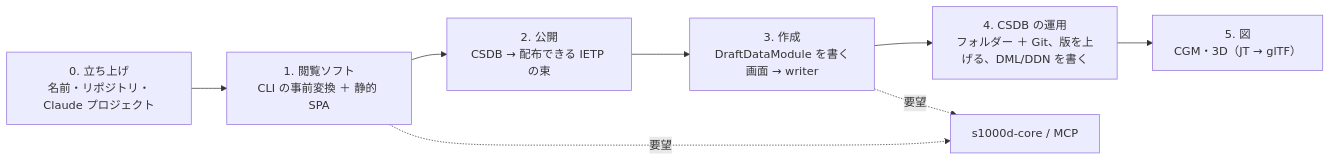
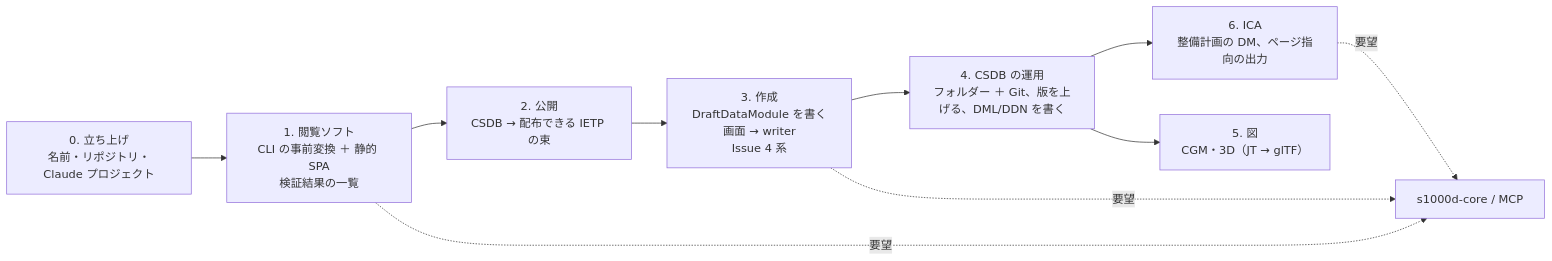
The second of 2 diagrams in docs/notes/ietp-kickoff.md (shuji-bonji/s1000d-stack), drawn with Mermaid before and after one commit. The commit also changed other lines of this file and 1 other file, not shown here.

````diff
--- a/docs/notes/ietp-kickoff.md
+++ b/docs/notes/ietp-kickoff.md
@@ -84,10 +172,12 @@
 ```mermaid
 flowchart LR
-  S0["0. 立ち上げ<br/>名前・リポジトリ・Claude プロジェクト"] --> S1["1. 閲覧ソフト<br/>CLI の事前変換 ＋ 静的 SPA"]
+  S0["0. 立ち上げ<br/>名前・リポジトリ・Claude プロジェクト"] --> S1["1. 閲覧ソフト<br/>CLI の事前変換 ＋ 静的 SPA<br/>検証結果の一覧"]
   S1 --> S2["2. 公開<br/>CSDB → 配布できる IETP の束"]
-  S2 --> S3["3. 作成<br/>DraftDataModule を書く画面 → writer"]
+  S2 --> S3["3. 作成<br/>DraftDataModule を書く画面 → writer<br/>Issue 4 系"]
   S3 --> S4["4. CSDB の運用<br/>フォルダー ＋ Git、版を上げる、DML/DDN を書く"]
+  S4 --> S6["6. ICA<br/>整備計画の DM、ページ指向の出力"]
   S4 --> S5["5. 図<br/>CGM・3D（JT → glTF）"]
   S1 -. 要望 .-> CORE["s1000d-core / MCP"]
   S3 -. 要望 .-> CORE
+  S6 -. 要望 .-> CORE
 ```
````
